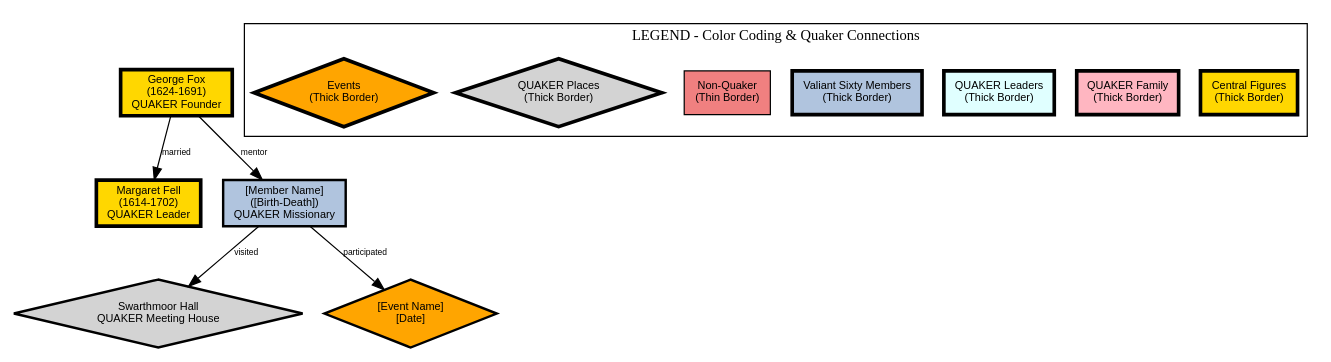
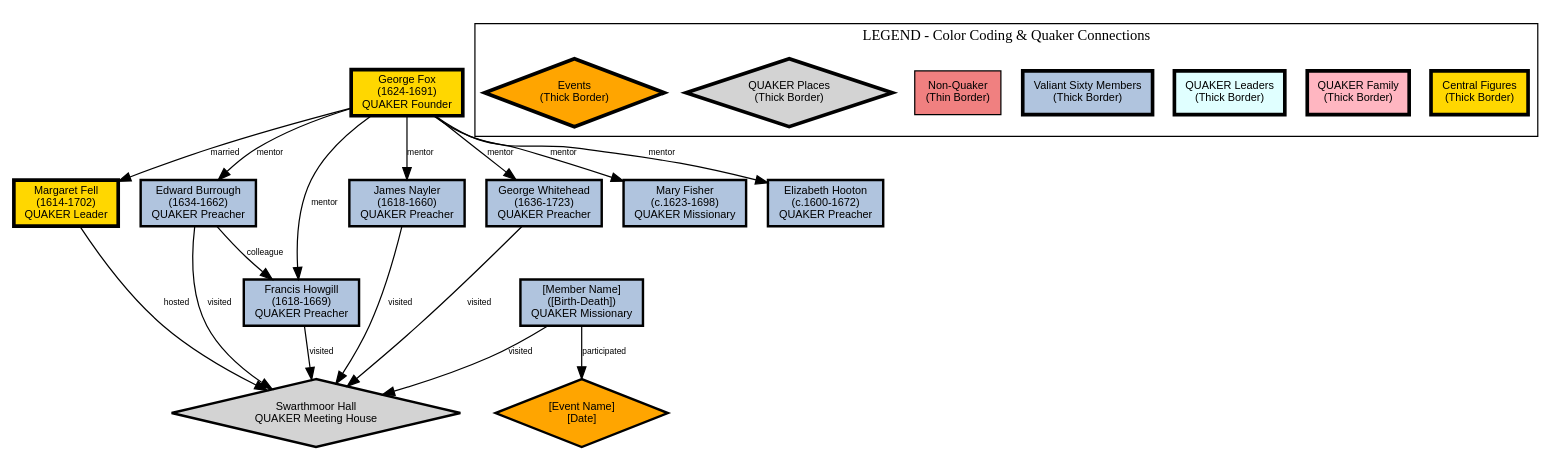
One commit to petermr/quaker_scientists changed the diagram in valiant_sixty/valiant_sixty_basic.dot. Above: the diagram before and after it, drawn with Graphviz. The commit also changed 8 other files, not shown here.

First line of the commit message:
Add 6 important Valiant Sixty members to knowledge graph

```diff
--- a/valiant_sixty/valiant_sixty_basic.dot
+++ b/valiant_sixty/valiant_sixty_basic.dot
@@ -1,41 +1,58 @@
 digraph ValiantSixty {
     // Graph settings
     rankdir=TB;
     node [shape=box, style=filled, fontname="Arial", fontsize=9];
     edge [fontname="Arial", fontsize=7];
 
     "george_fox" [fillcolor=gold, penwidth=3, shape=box, URL="https://en.wikipedia.org/wiki/George_Fox", label="George Fox\n(1624-1691)\nQUAKER Founder", fontweight=bold];
     "margaret_fell" [fillcolor=gold, penwidth=3, shape=box, URL="https://en.wikipedia.org/wiki/Margaret_Fell", label="Margaret Fell\n(1614-1702)\nQUAKER Leader", fontweight=bold];
+    "edward_burrough" [fillcolor=lightsteelblue, penwidth=2, shape=box, URL="https://en.wikipedia.org/wiki/Edward_Burrough", label="Edward Burrough\n(1634-1662)\nQUAKER Preacher", fontweight=bold];
+    "mary_fisher" [fillcolor=lightsteelblue, penwidth=2, shape=box, URL="https://en.wikipedia.org/wiki/Mary_Fisher_(Quaker)", label="Mary Fisher\n(c.1623-1698)\nQUAKER Missionary", fontweight=bold];
+    "francis_howgill" [fillcolor=lightsteelblue, penwidth=2, shape=box, URL="https://en.wikipedia.org/wiki/Francis_Howgill", label="Francis Howgill\n(1618-1669)\nQUAKER Preacher", fontweight=bold];
+    "james_nayler" [fillcolor=lightsteelblue, penwidth=2, shape=box, URL="https://en.wikipedia.org/wiki/James_Nayler", label="James Nayler\n(1618-1660)\nQUAKER Preacher", fontweight=bold];
+    "george_whitehead" [fillcolor=lightsteelblue, penwidth=2, shape=box, URL="https://en.wikipedia.org/wiki/George_Whitehead", label="George Whitehead\n(1636-1723)\nQUAKER Preacher", fontweight=bold];
+    "elizabeth_hooton" [fillcolor=lightsteelblue, penwidth=2, shape=box, URL="https://en.wikipedia.org/wiki/Elizabeth_Hooton", label="Elizabeth Hooton\n(c.1600-1672)\nQUAKER Preacher", fontweight=bold];
     "example_member" [fillcolor=lightsteelblue, penwidth=2, shape=box, URL="[Wikipedia URL]", label="[Member Name]\n([Birth-Death])\nQUAKER Missionary", fontweight=bold];
     "swarthmoor_hall" [fillcolor=lightgray, penwidth=2, shape=diamond, URL="https://en.wikipedia.org/wiki/Swarthmoor_Hall", label="Swarthmoor Hall\nQUAKER Meeting House", fontweight=bold];
     "example_event" [fillcolor=orange, penwidth=2, shape=diamond, URL="[Wikipedia URL if available]", label="[Event Name]\n[Date]", fontweight=bold];
 
     "george_fox" -> "margaret_fell" [label="married", tooltip="Married in 1669"];
-    "george_fox" -> "example_member" [label="mentor", tooltip="George Fox mentored this member"];
+    "george_fox" -> "edward_burrough" [label="mentor", tooltip="George Fox converted and mentored Edward Burrough"];
+    "george_fox" -> "mary_fisher" [label="mentor", tooltip="George Fox mentored Mary Fisher in early Quakerism"];
+    "george_fox" -> "francis_howgill" [label="mentor", tooltip="George Fox converted Francis Howgill from Anglicanism"];
+    "george_fox" -> "james_nayler" [label="mentor", tooltip="George Fox converted James Nayler to Quakerism"];
+    "george_fox" -> "george_whitehead" [label="mentor", tooltip="George Fox mentored teenage George Whitehead"];
+    "george_fox" -> "elizabeth_hooton" [label="mentor", tooltip="Elizabeth Hooton was one of the first Quakers converted by George Fox"];
+    "margaret_fell" -> "swarthmoor_hall" [label="hosted", tooltip="Margaret Fell opened Swarthmoor Hall for Quaker meetings"];
+    "edward_burrough" -> "swarthmoor_hall" [label="visited", tooltip="Edward Burrough visited Swarthmoor Hall for Quaker meetings"];
+    "edward_burrough" -> "francis_howgill" [label="colleague", tooltip="Edward Burrough and Francis Howgill worked together as Quaker preachers"];
+    "francis_howgill" -> "swarthmoor_hall" [label="visited", tooltip="Francis Howgill visited Swarthmoor Hall for Quaker meetings"];
+    "james_nayler" -> "swarthmoor_hall" [label="visited", tooltip="James Nayler visited Swarthmoor Hall for Quaker meetings"];
+    "george_whitehead" -> "swarthmoor_hall" [label="visited", tooltip="George Whitehead visited Swarthmoor Hall for Quaker meetings"];
     "example_member" -> "swarthmoor_hall" [label="visited", tooltip="Member visited or was associated with Swarthmoor Hall"];
     "example_member" -> "example_event" [label="participated", tooltip="Member participated in this event"];
 
     // Legend
     subgraph cluster_legend {
         label="LEGEND - Color Coding & Quaker Connections";
         style=filled;
         fillcolor=white;
         fontsize=12;
         fontweight=bold;
 
         "Central Figures
 (Thick Border)" [fillcolor=gold, penwidth=3, fontweight=bold];
         "QUAKER Family
 (Thick Border)" [fillcolor=lightpink, penwidth=3, fontweight=bold];
         "QUAKER Leaders
 (Thick Border)" [fillcolor=lightcyan, penwidth=3, fontweight=bold];
         "Valiant Sixty Members
 (Thick Border)" [fillcolor=lightsteelblue, penwidth=3, fontweight=bold];
         "Non-Quaker
 (Thin Border)" [fillcolor=lightcoral, penwidth=1];
         "QUAKER Places
 (Thick Border)" [fillcolor=lightgray, penwidth=3, fontweight=bold, shape=diamond];
         "Events
 (Thick Border)" [fillcolor=orange, penwidth=3, fontweight=bold, shape=diamond];
     }
 }
```
